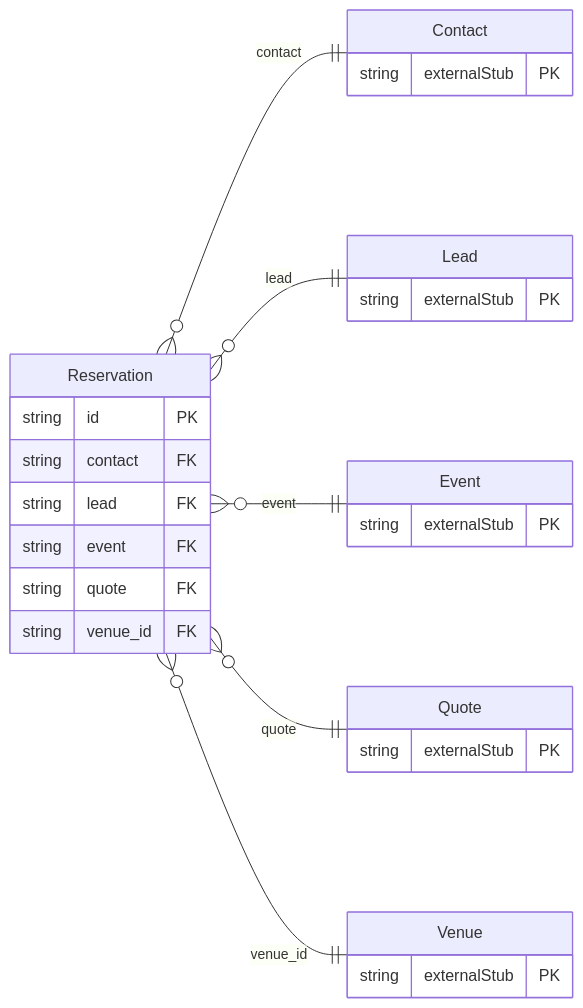
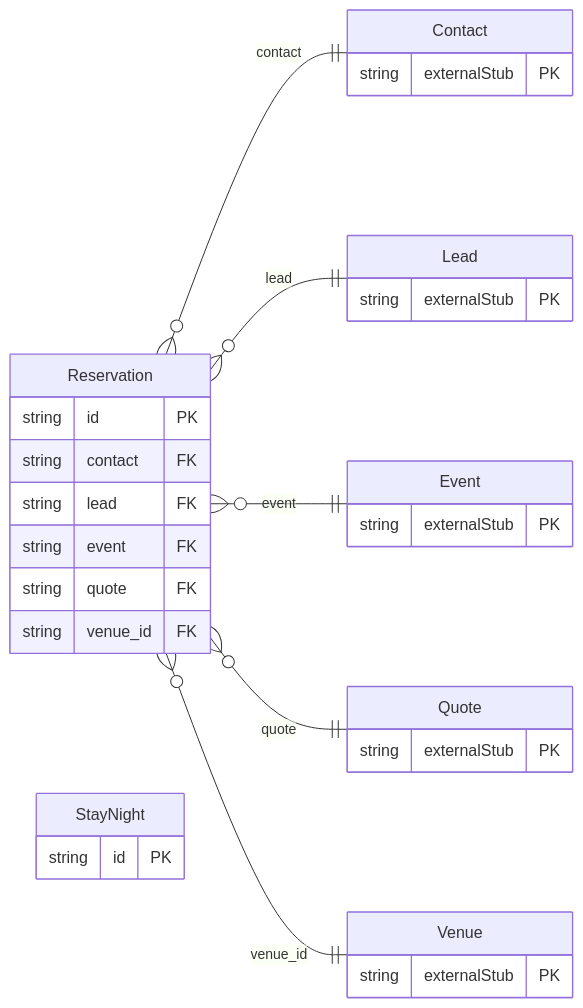
One commit to shokki-engineering/aperio changed the diagram in protobuf/generated/prisma/aperio/stay/README.md. Above: the diagram before and after it, drawn with Mermaid. The commit also changed other lines of this file and 89 other files, not shown here.

````diff
--- a/protobuf/generated/prisma/aperio/stay/README.md
+++ b/protobuf/generated/prisma/aperio/stay/README.md
@@ -13,32 +13,35 @@
 ```mermaid
 erDiagram
     direction LR
     Reservation {
         string id PK
         string contact FK
         string lead FK
         string event FK
         string quote FK
         string venue_id FK
+    }
+    StayNight {
+        string id PK
     }
     Contact {
         string externalStub PK
     }
     Event {
         string externalStub PK
     }
     Lead {
         string externalStub PK
     }
     Quote {
         string externalStub PK
     }
     Venue {
         string externalStub PK
     }
     Reservation }o--|| Contact : "contact"
     Reservation }o--|| Lead : "lead"
     Reservation }o--|| Event : "event"
     Reservation }o--|| Quote : "quote"
     Reservation }o--|| Venue : "venue_id"
 ```
````
